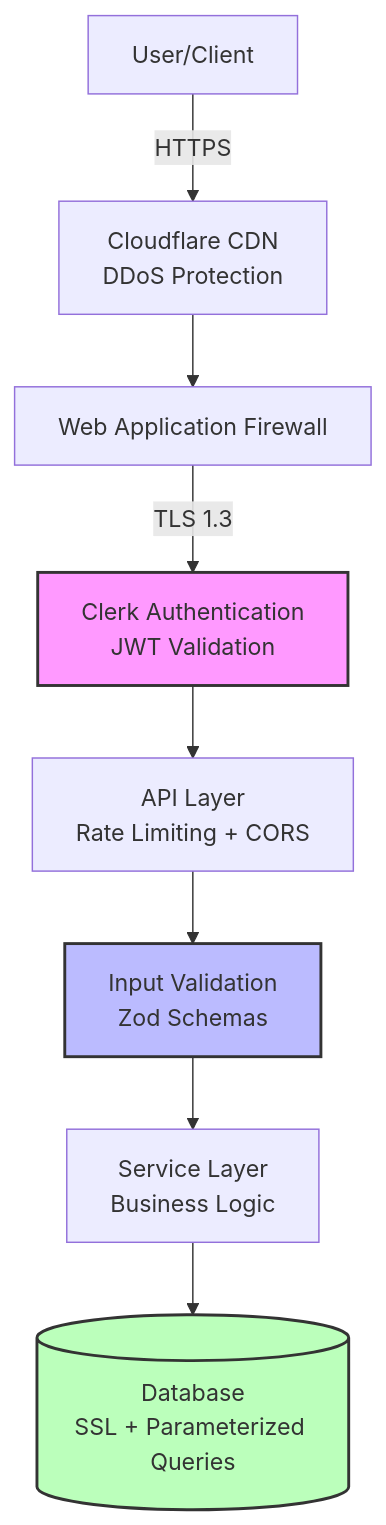
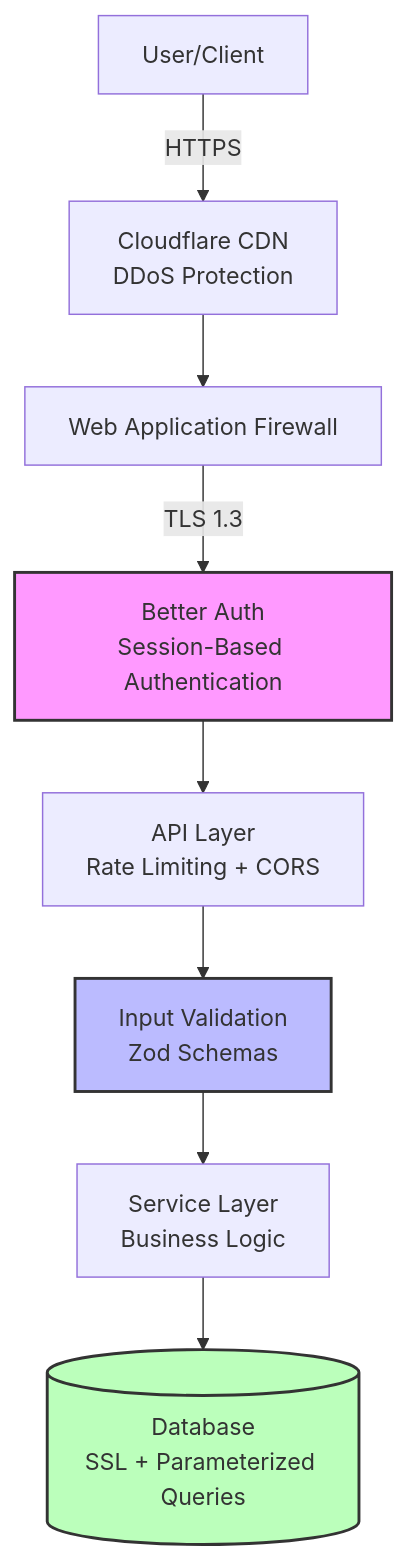
Before and after one commit to qazuor/hospeda: the diagram in docs/security/README.md, drawn with Mermaid. The commit also changed other lines of this file and 57 other files, not shown here.

````diff
--- a/docs/security/README.md
+++ b/docs/security/README.md
@@ -62,23 +84,23 @@
 ```mermaid
 graph TB
     User[User/Client]
     CDN[Cloudflare CDN<br/>DDoS Protection]
     WAF[Web Application Firewall]
-    Auth[Clerk Authentication<br/>JWT Validation]
+    Auth[Better Auth<br/>Session-Based Authentication]
     API[API Layer<br/>Rate Limiting + CORS]
     Validation[Input Validation<br/>Zod Schemas]
     Service[Service Layer<br/>Business Logic]
     DB[(Database<br/>SSL + Parameterized Queries)]
 
     User -->|HTTPS| CDN
     CDN --> WAF
     WAF -->|TLS 1.3| Auth
     Auth --> API
     API --> Validation
     Validation --> Service
     Service --> DB
 
     style Auth fill:#f9f,stroke:#333,stroke-width:2px
     style Validation fill:#bbf,stroke:#333,stroke-width:2px
     style DB fill:#bfb,stroke:#333,stroke-width:2px
 ```
````
